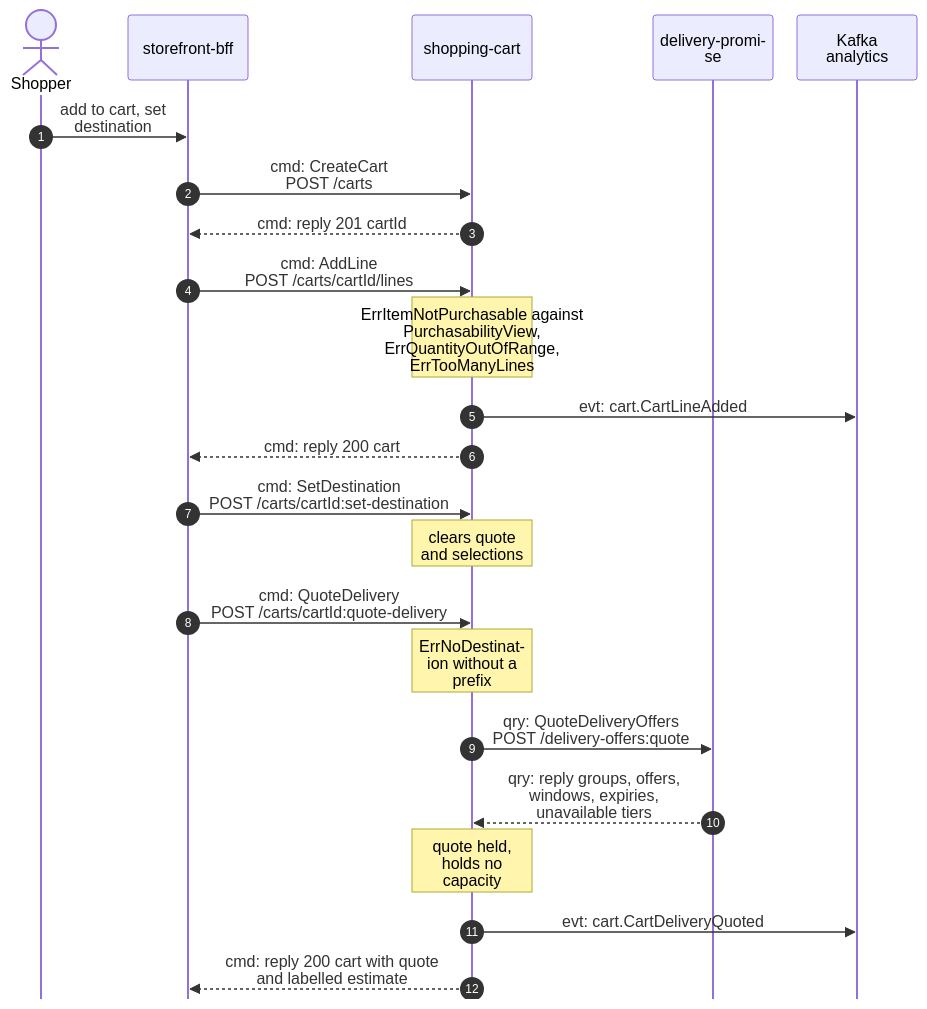
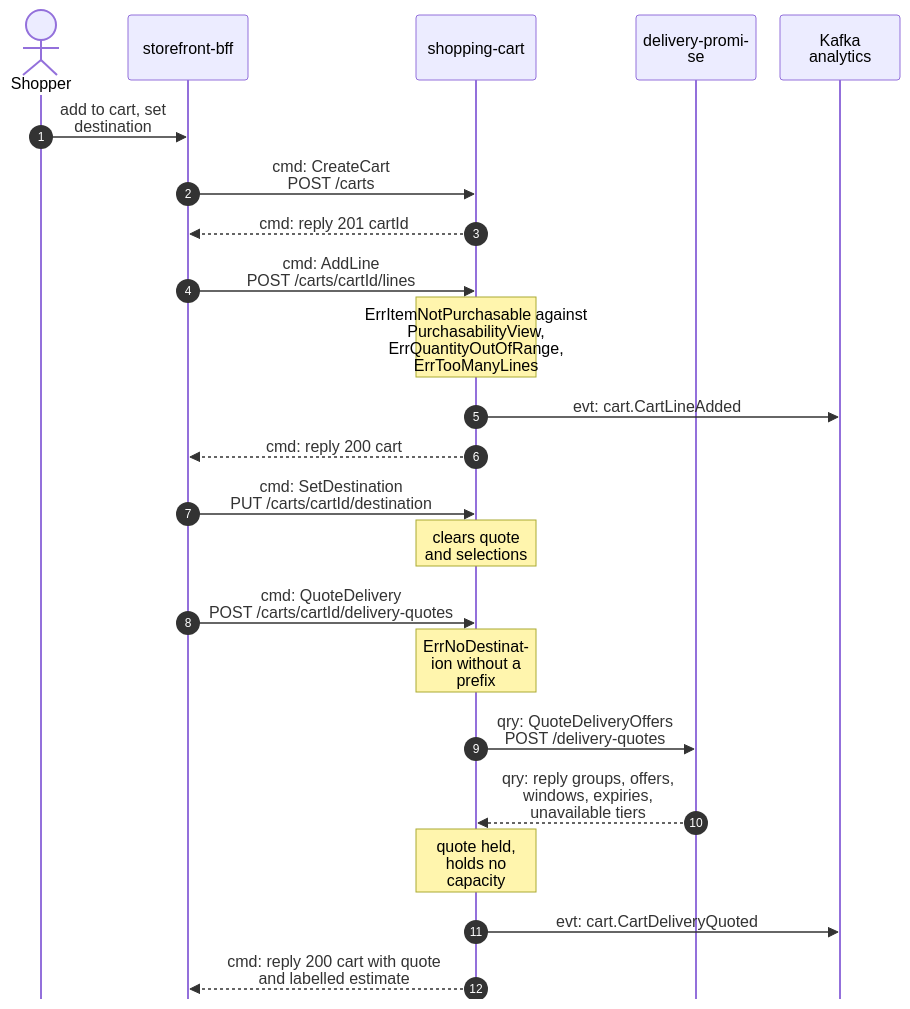
The first of 4 diagrams in storefront/docs/contexts/shopping-cart/domain-message-flow.md (IQVO/warehouse-docs), drawn with Mermaid before and after one commit. The commit also changed other lines of this file and 272 other files, not shown here.

````diff
--- a/storefront/docs/contexts/shopping-cart/domain-message-flow.md
+++ b/storefront/docs/contexts/shopping-cart/domain-message-flow.md
@@ -26,26 +26,26 @@
 ```mermaid
 %%{init: {"sequence": {"wrap": true, "width": 120, "actorMargin": 24, "messageMargin": 28, "boxMargin": 6, "noteMargin": 6, "mirrorActors": false}}}%%
 sequenceDiagram
     autonumber
     actor S as Shopper
     participant BFF as storefront-bff
     participant SC as shopping-cart
     participant DP as delivery-promise
     participant K as Kafka analytics
     S->>BFF: add to cart, set destination
     BFF->>SC: cmd: CreateCart<br/>POST /carts
     SC-->>BFF: cmd: reply 201 cartId
     BFF->>SC: cmd: AddLine<br/>POST /carts/cartId/lines
     Note over SC: ErrItemNotPurchasable against<br/>PurchasabilityView,<br/>ErrQuantityOutOfRange,<br/>ErrTooManyLines
     SC->>K: evt: cart.CartLineAdded
     SC-->>BFF: cmd: reply 200 cart
-    BFF->>SC: cmd: SetDestination<br/>POST /carts/cartId:set-destination
+    BFF->>SC: cmd: SetDestination<br/>PUT /carts/cartId/destination
     Note over SC: clears quote and selections
-    BFF->>SC: cmd: QuoteDelivery<br/>POST /carts/cartId:quote-delivery
+    BFF->>SC: cmd: QuoteDelivery<br/>POST /carts/cartId/delivery-quotes
     Note over SC: ErrNoDestination without a prefix
-    SC->>DP: qry: QuoteDeliveryOffers<br/>POST /delivery-offers:quote
+    SC->>DP: qry: QuoteDeliveryOffers<br/>POST /delivery-quotes
     DP-->>SC: qry: reply groups, offers,<br/>windows, expiries,<br/>unavailable tiers
     Note over SC: quote held, holds no capacity
     SC->>K: evt: cart.CartDeliveryQuoted
     SC-->>BFF: cmd: reply 200 cart with quote<br/>and labelled estimate
 ```
````
